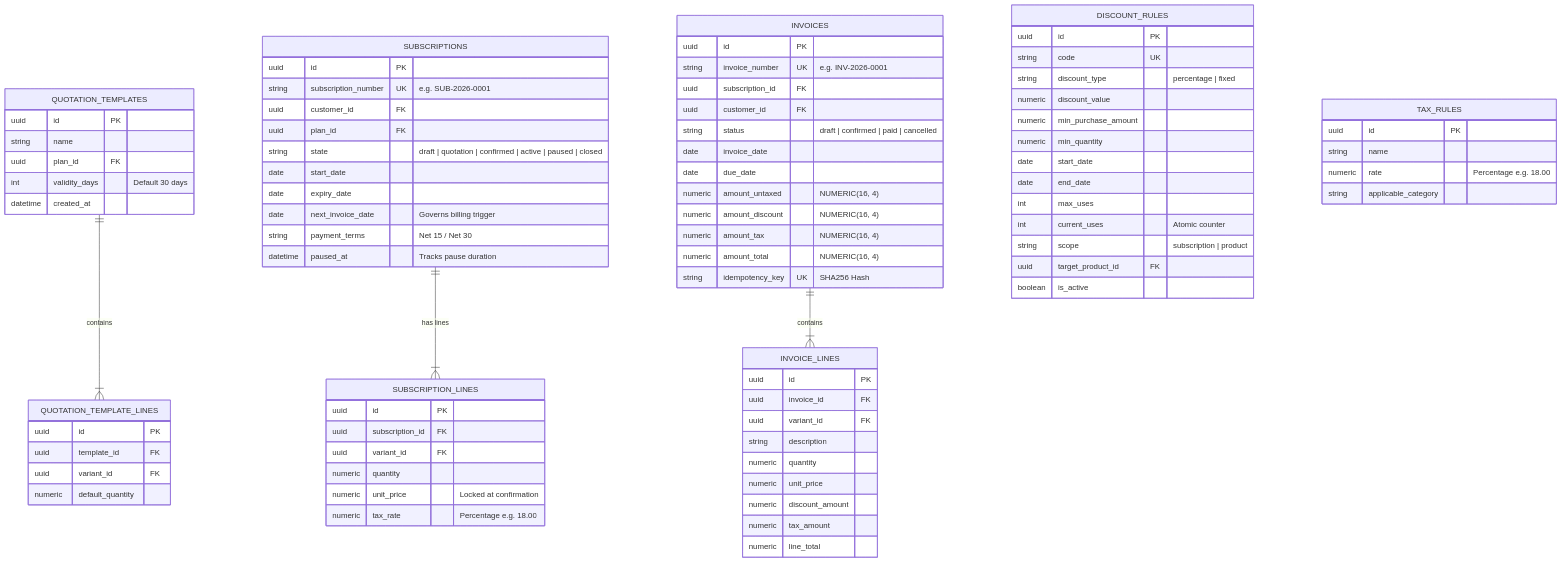
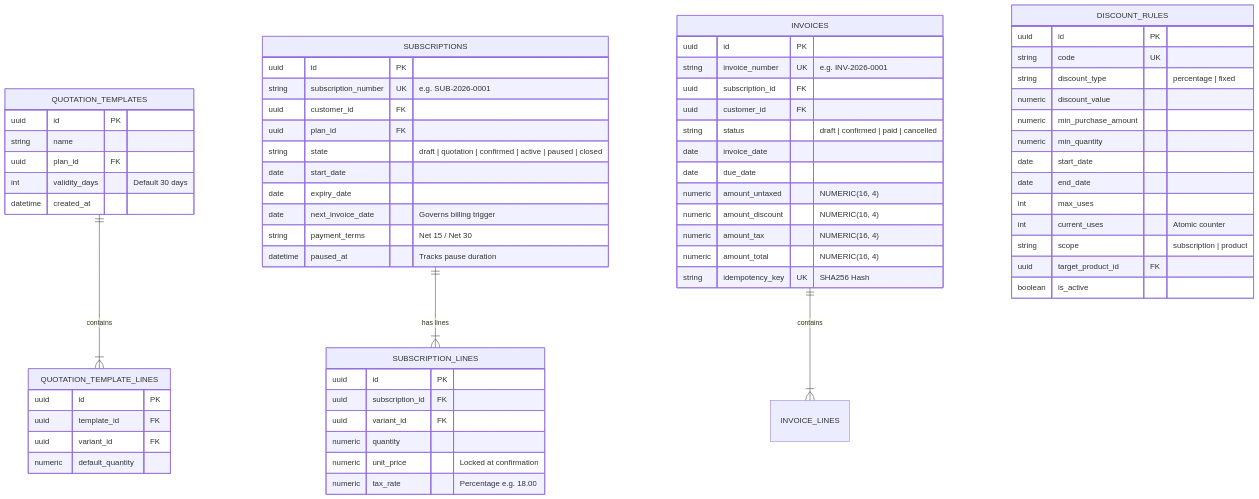
The first of 2 diagrams in PRD_PHASE_2.md (Niss54/Subscription_Management_System), drawn with Mermaid before and after one commit. The commit also changed other lines of this file and 2 other files, not shown here.

Commit message:
feat(prd): upgrade to Next.js 15, Supabase PostgreSQL, and premium modern UI/UX design architecture

````diff
--- a/PRD_PHASE_2.md
+++ b/PRD_PHASE_2.md
@@ -97,18 +82,6 @@
         string idempotency_key UK "SHA256 Hash"
     }
 
-    INVOICE_LINES {
-        uuid id PK
-        uuid invoice_id FK
-        uuid variant_id FK
-        string description
-        numeric quantity
-        numeric unit_price
-        numeric discount_amount
-        numeric tax_amount
-        numeric line_total
-    }
-
     DISCOUNT_RULES {
         uuid id PK
         string code UK
@@ -124,11 +97,4 @@
         uuid target_product_id FK
         boolean is_active
     }
-
-    TAX_RULES {
-        uuid id PK
-        string name
-        numeric rate "Percentage e.g. 18.00"
-        string applicable_category
-    }
 ```
````
